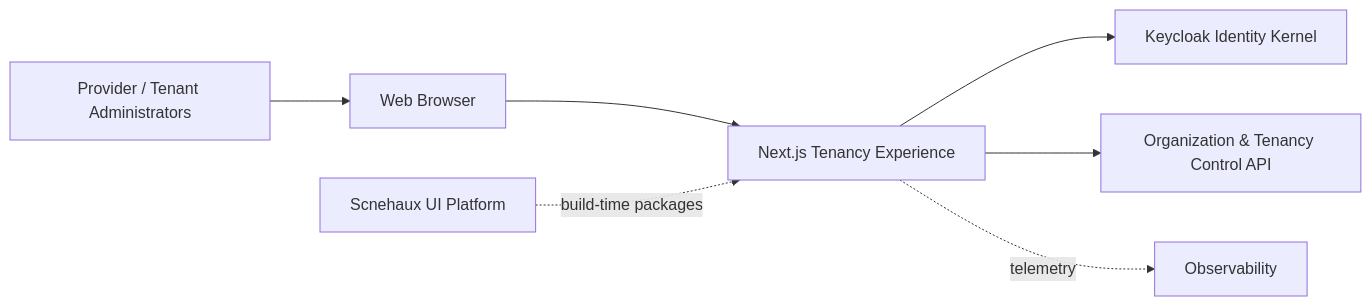
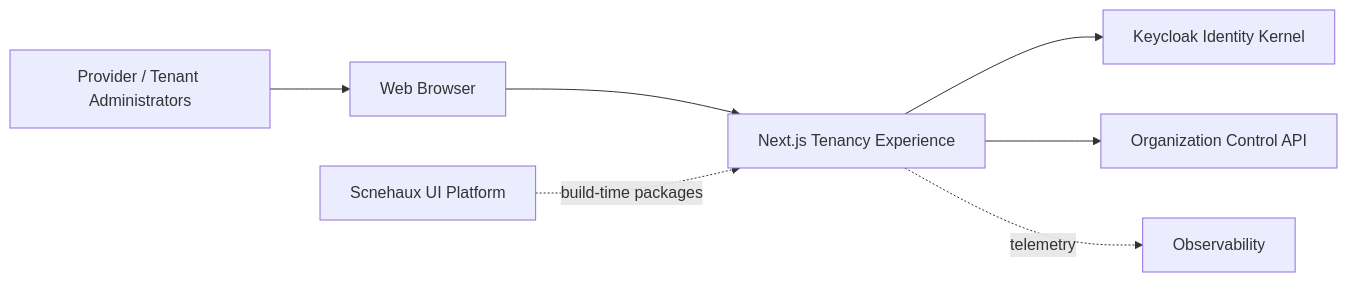
One commit to anshacerbia2/scnehaux-architecture changed the first of 7 diagrams in 04-system/scnehaux-organization/scnehaux-organization-experience.sad.md. Above: the diagram before and after it, drawn with Mermaid. The commit also changed other lines of this file and 45 other files, not shown here.

Commit message:
Align identity and tenancy architecture baseline

````diff
--- a/04-system/scnehaux-organization/scnehaux-organization-experience.sad.md
+++ b/04-system/scnehaux-organization/scnehaux-organization-experience.sad.md
@@ -92,17 +92,17 @@
 ```mermaid
 graph LR
     ADMIN[Provider / Tenant Administrators]
     BROWSER[Web Browser]
     APP[Next.js Tenancy Experience]
     KEYCLOAK[Keycloak Identity Kernel]
-    CONTROL[Organization & Tenancy Control API]
+    CONTROL[Organization Control API]
     UI[Scnehaux UI Platform]
     OBS[Observability]
 
     ADMIN --> BROWSER
     BROWSER --> APP
     APP --> KEYCLOAK
     APP --> CONTROL
     UI -. build-time packages .-> APP
     APP -. telemetry .-> OBS
 ```
````
